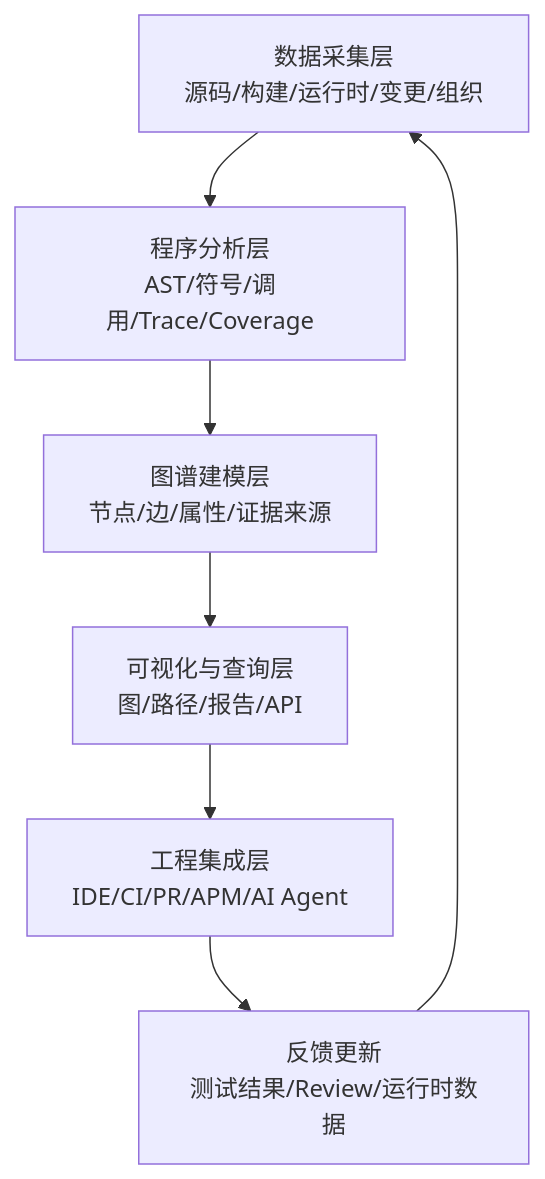
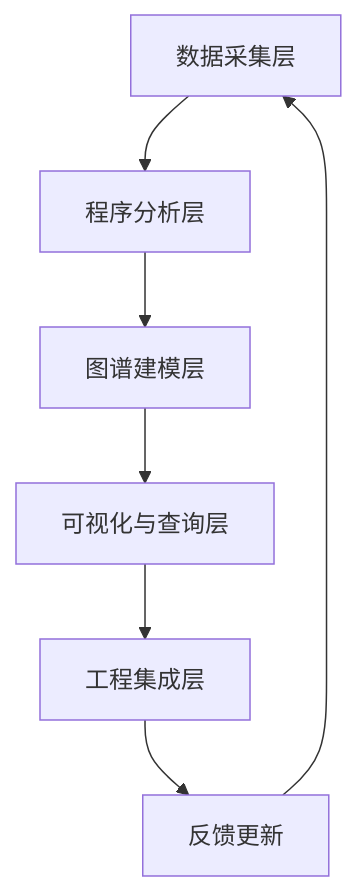
The diagram in part1/software-understanding-system.md (shawnxie94/code-visualization-book), drawn with Mermaid before and after one commit. The commit also changed other lines of this file and 92 other files, not shown here.

````diff
--- a/part1/software-understanding-system.md
+++ b/part1/software-understanding-system.md
@@ -9,9 +24,9 @@
 ```mermaid
 flowchart TB
-  Data[数据采集层<br/>源码/构建/运行时/变更/组织] --> Analysis[程序分析层<br/>AST/符号/调用/Trace/Coverage]
-  Analysis --> Graph[图谱建模层<br/>节点/边/属性/证据来源]
-  Graph --> Query[可视化与查询层<br/>图/路径/报告/API]
-  Query --> Workflow[工程集成层<br/>IDE/CI/PR/APM/AI Agent]
-  Workflow --> Feedback[反馈更新<br/>测试结果/Review/运行时数据]
-  Feedback --> Data
+ Data[数据采集层] --> Analysis[程序分析层]
+ Analysis --> Graph[图谱建模层]
+ Graph --> Query[可视化与查询层]
+ Query --> Workflow[工程集成层]
+ Workflow --> Feedback[反馈更新]
+ Feedback --> Data
 ```
````
